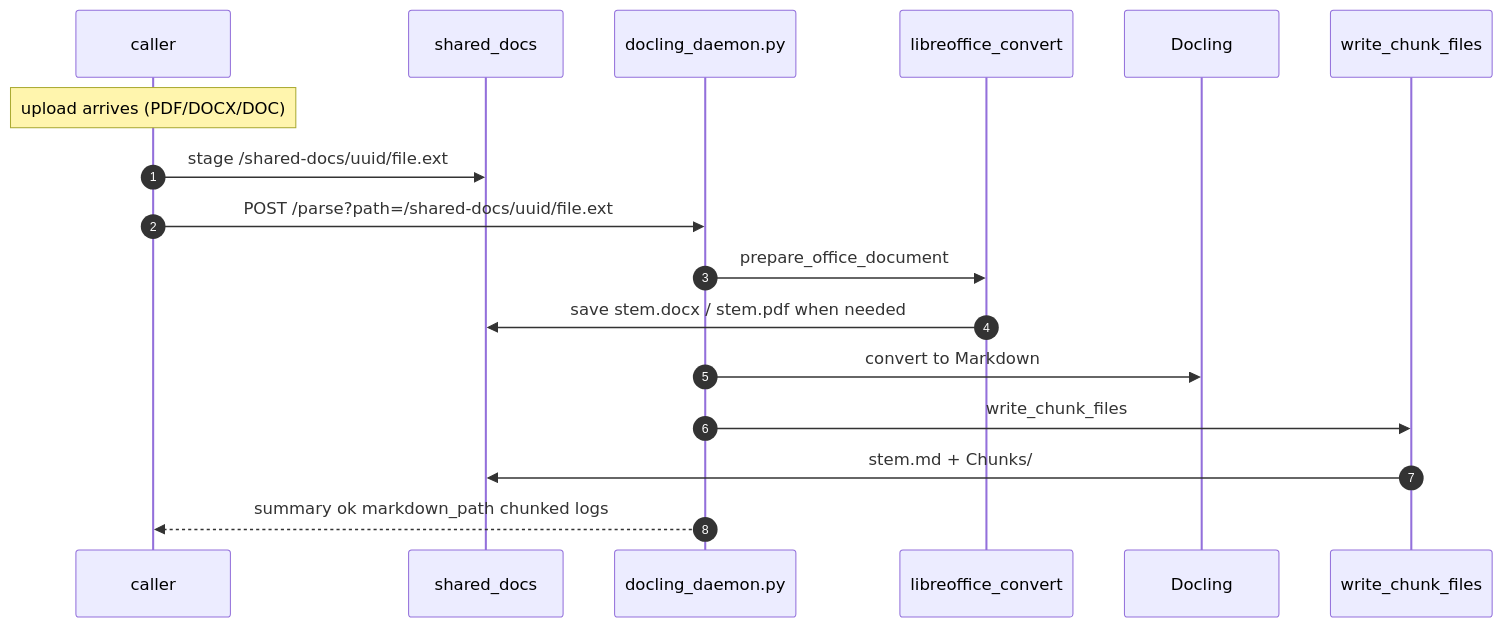
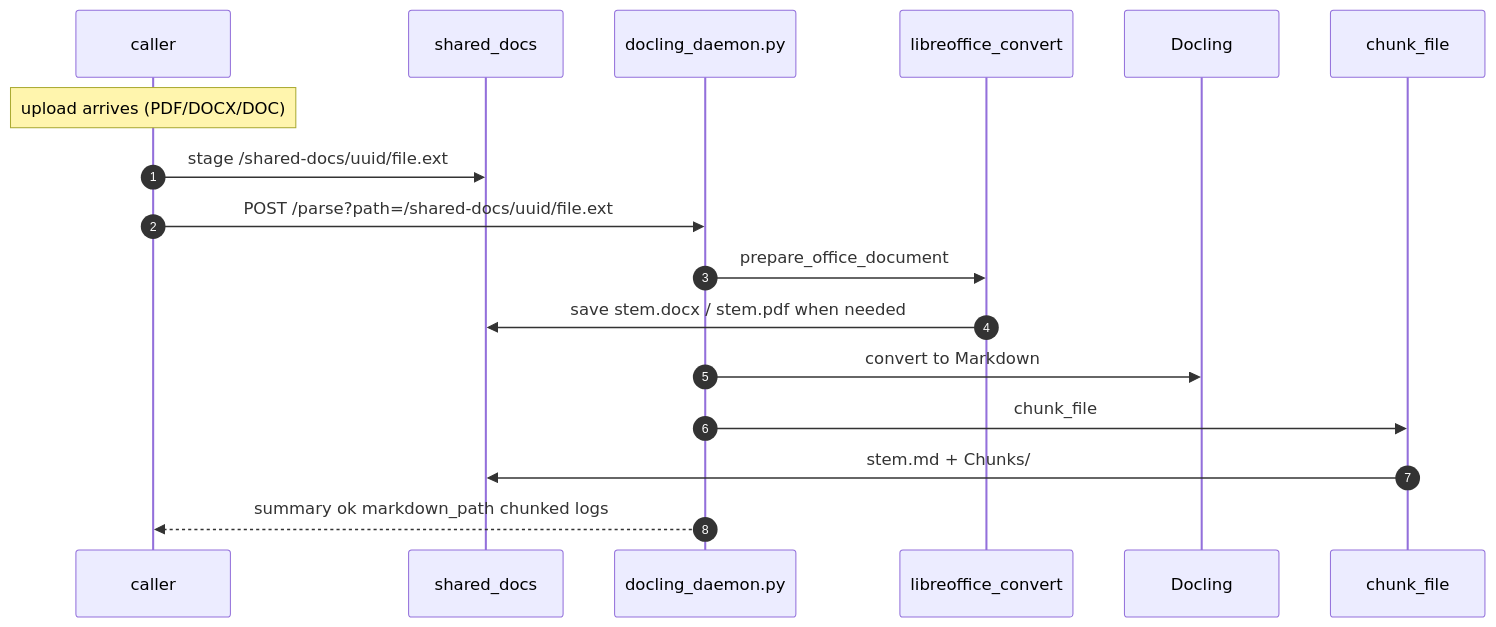
Before and after one commit to data-team-uhn/iap: the second of 3 diagrams in modules/documents/processing/processing.md, drawn with Mermaid. The commit also changed other lines of this file and 14 other files, not shown here.

````diff
--- a/modules/documents/processing/processing.md
+++ b/modules/documents/processing/processing.md
@@ -46,20 +46,20 @@
 ```mermaid
 sequenceDiagram
     autonumber
     participant C as caller
     participant FS as shared_docs
     participant D as docling_daemon.py
     participant LO as libreoffice_convert
     participant P as Docling
-    participant W as write_chunk_files
+    participant W as chunk_file
 
     Note over C: upload arrives (PDF/DOCX/DOC)
     C->>FS: stage /shared-docs/uuid/file.ext
     C->>D: POST /parse?path=/shared-docs/uuid/file.ext
     D->>LO: prepare_office_document
     LO->>FS: save stem.docx / stem.pdf when needed
     D->>P: convert to Markdown
-    D->>W: write_chunk_files
+    D->>W: chunk_file
     W->>FS: stem.md + Chunks/
     D-->>C: summary ok markdown_path chunked logs
 ```
````
